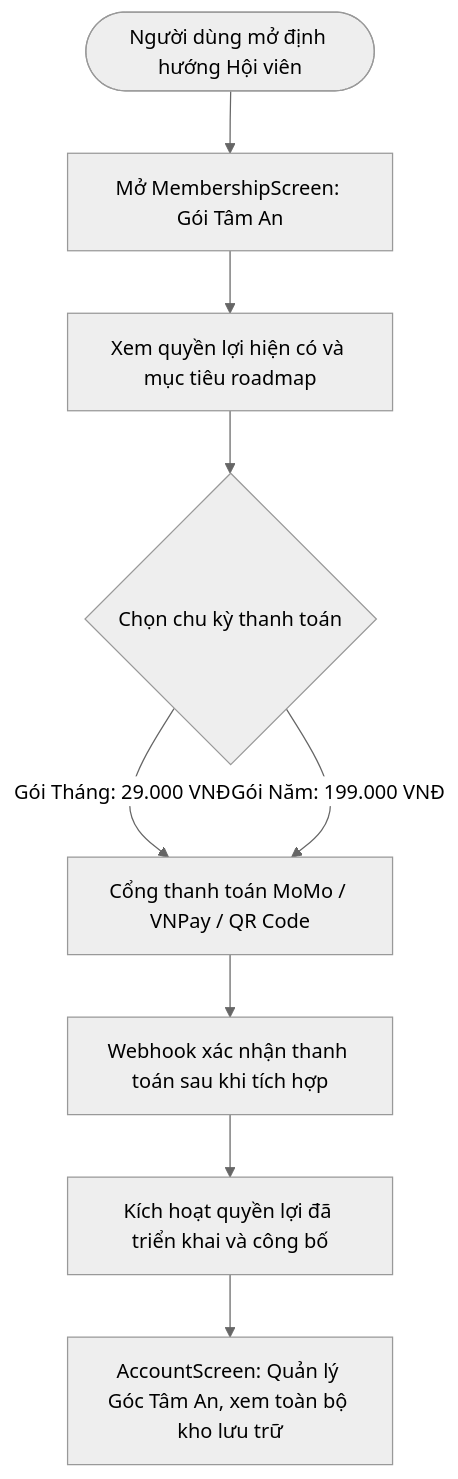
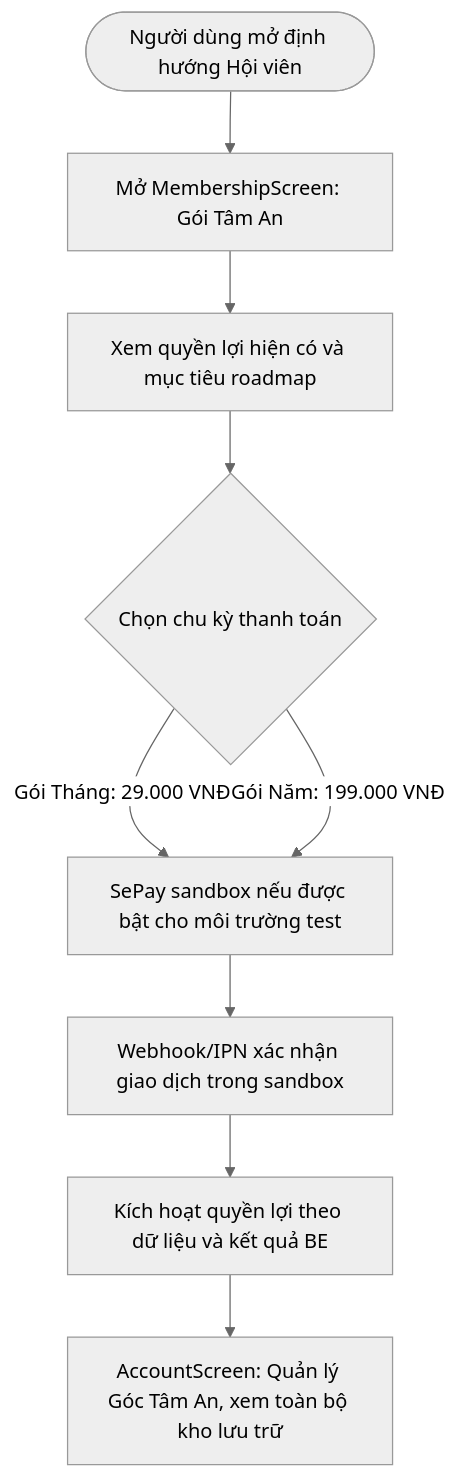
Before and after one commit to Truonghd2202/Cung_kieng_online: the sixth of 6 diagrams in Tin-Lam-Tam-Linh-Requirements-Tong-Hop.md, drawn with Mermaid (neutral theme). The commit also changed other lines of this file and 60 other files, not shown here.

````diff
--- a/Tin-Lam-Tam-Linh-Requirements-Tong-Hop.md
+++ b/Tin-Lam-Tam-Linh-Requirements-Tong-Hop.md
@@ -609,13 +617,13 @@
 ```mermaid
 flowchart TD
     A([Người dùng mở định hướng Hội viên]) --> B[Mở MembershipScreen: Gói Tâm An]
     B --> C[Xem quyền lợi hiện có và mục tiêu roadmap]
     C --> D{Chọn chu kỳ thanh toán}
     
-    D -- Gói Tháng: 29.000 VNĐ --> E[Cổng thanh toán MoMo / VNPay / QR Code]
+    D -- Gói Tháng: 29.000 VNĐ --> E[SePay sandbox nếu được bật cho môi trường test]
     D -- Gói Năm: 199.000 VNĐ --> E
     
-    E --> F[Webhook xác nhận thanh toán sau khi tích hợp]
-    F --> G[Kích hoạt quyền lợi đã triển khai và công bố]
+    E --> F[Webhook/IPN xác nhận giao dịch trong sandbox]
+    F --> G[Kích hoạt quyền lợi theo dữ liệu và kết quả BE]
     G --> H[AccountScreen: Quản lý Góc Tâm An, xem toàn bộ kho lưu trữ]
 ```
````
